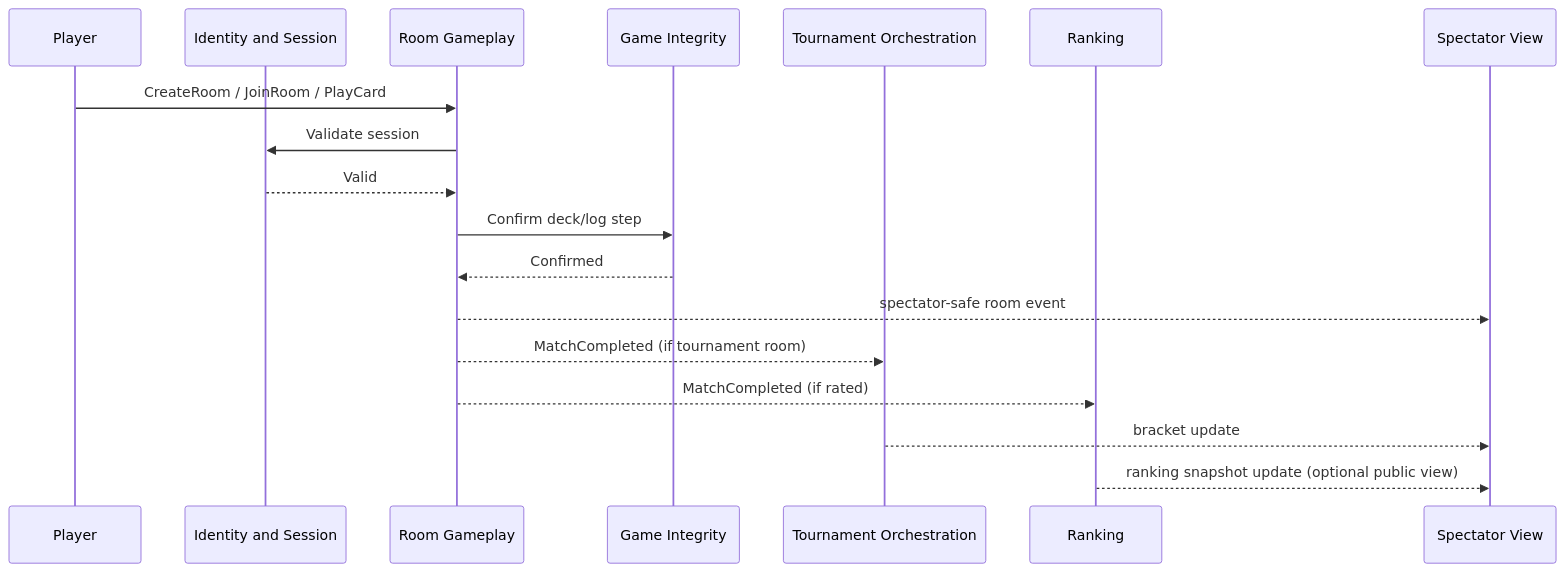
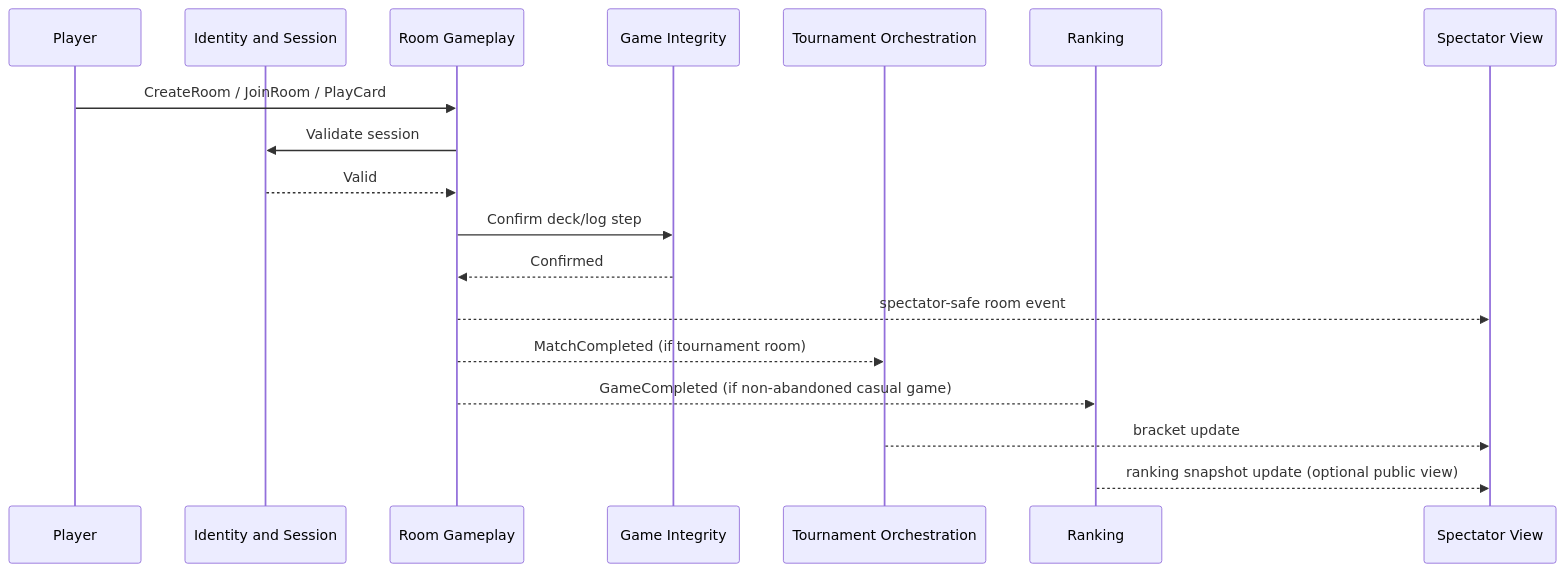
One commit to FSendot/uno-arena changed the diagram in docs/05-domain-event-flow-narratives.md. Above: the diagram before and after it, drawn with Mermaid. The commit also changed other lines of this file and 8 other files, not shown here.

````diff
--- a/docs/05-domain-event-flow-narratives.md
+++ b/docs/05-domain-event-flow-narratives.md
@@ -97,21 +97,21 @@
 ```mermaid
 sequenceDiagram
     participant P as Player
     participant IS as Identity and Session
     participant RG as Room Gameplay
     participant GI as Game Integrity
     participant TO as Tournament Orchestration
     participant RK as Ranking
     participant SV as Spectator View
 
     P->>RG: CreateRoom / JoinRoom / PlayCard
     RG->>IS: Validate session
     IS-->>RG: Valid
     RG->>GI: Confirm deck/log step
     GI-->>RG: Confirmed
     RG-->>SV: spectator-safe room event
     RG-->>TO: MatchCompleted (if tournament room)
-    RG-->>RK: MatchCompleted (if rated)
+    RG-->>RK: GameCompleted (if non-abandoned casual game)
     TO-->>SV: bracket update
     RK-->>SV: ranking snapshot update (optional public view)
 ```
````
